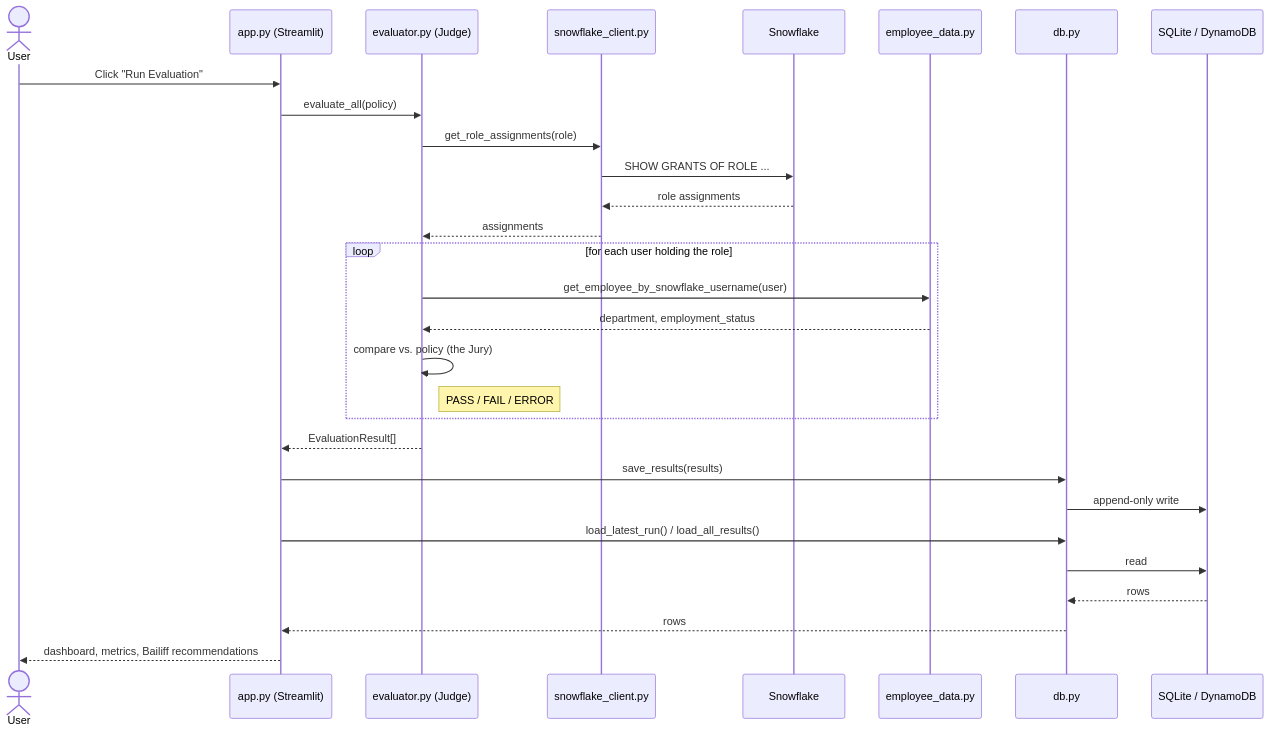
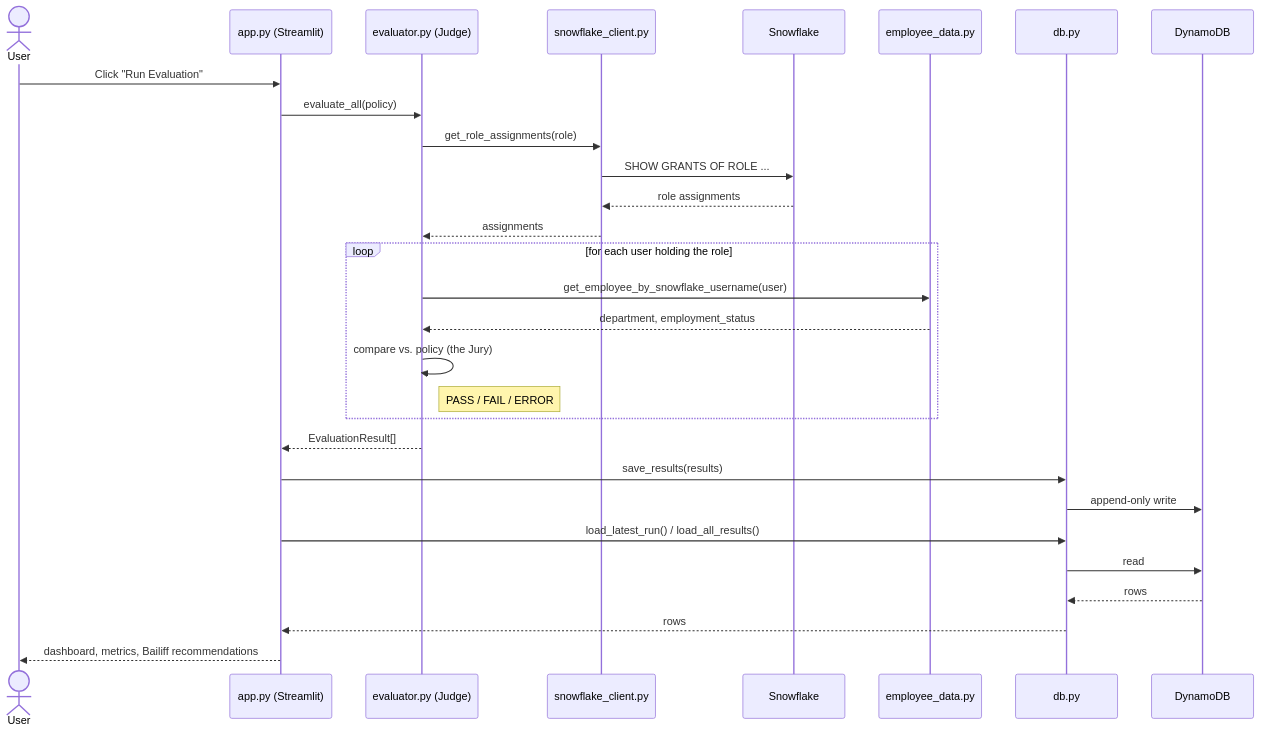
The diagram in judge/README.md (spencercsheehan1/iam-automation), drawn with Mermaid before and after one commit. The commit also changed other lines of this file and 9 other files, not shown here.

````diff
--- a/judge/README.md
+++ b/judge/README.md
@@ -26,34 +26,34 @@
 ```mermaid
 sequenceDiagram
     actor User
     participant UI as app.py (Streamlit)
     participant Eval as evaluator.py (Judge)
     participant SF as snowflake_client.py
     participant Snowflake
     participant Emp as employee_data.py
     participant DB as db.py
-    participant Store as SQLite / DynamoDB
+    participant Store as DynamoDB
 
     User->>UI: Click "Run Evaluation"
     UI->>Eval: evaluate_all(policy)
     Eval->>SF: get_role_assignments(role)
     SF->>Snowflake: SHOW GRANTS OF ROLE ...
     Snowflake-->>SF: role assignments
     SF-->>Eval: assignments
 
     loop for each user holding the role
         Eval->>Emp: get_employee_by_snowflake_username(user)
         Emp-->>Eval: department, employment_status
         Eval->>Eval: compare vs. policy (the Jury)
         Note right of Eval: PASS / FAIL / ERROR
     end
 
     Eval-->>UI: EvaluationResult[]
     UI->>DB: save_results(results)
     DB->>Store: append-only write
     UI->>DB: load_latest_run() / load_all_results()
     DB->>Store: read
     Store-->>DB: rows
     DB-->>UI: rows
     UI-->>User: dashboard, metrics, Bailiff recommendations
 ```
````
